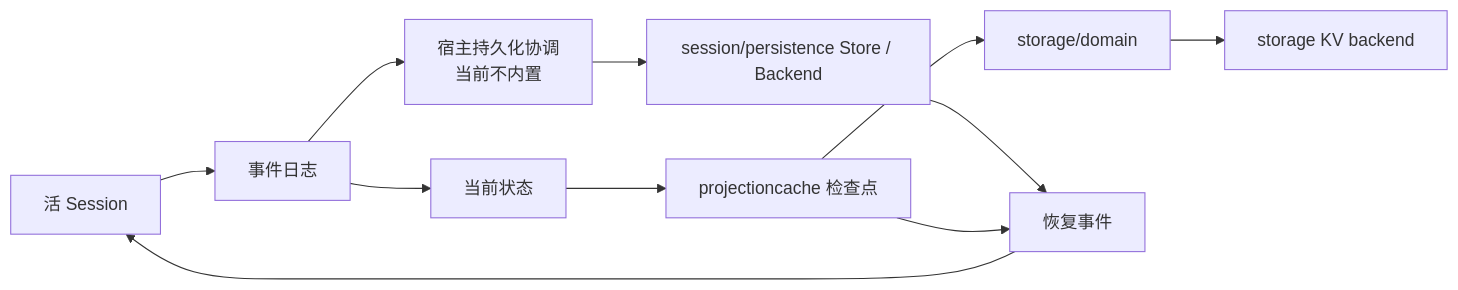
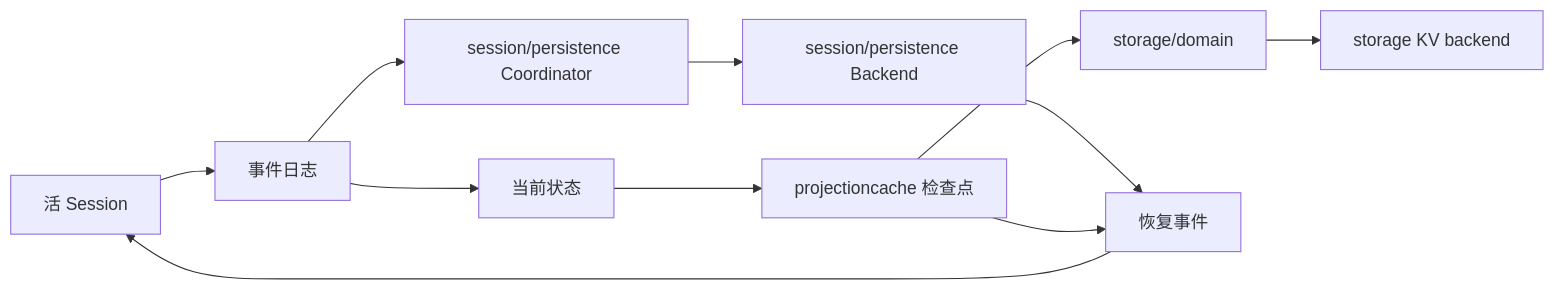
One commit to snight1983/ds-harness-go changed the third of 3 diagrams in docs/architecture.md. Above: the diagram before and after it, drawn with Mermaid. The commit also changed other lines of this file and 42 other files, not shown here.

````diff
--- a/docs/architecture.md
+++ b/docs/architecture.md
@@ -147,15 +147,15 @@
 ```mermaid
 flowchart LR
     Live["活 Session"] --> Events["事件日志"]
-    Events --> Wiring["宿主持久化协调\n当前不内置"]
-    Wiring --> SessionStore["session/persistence Store / Backend"]
+    Events --> Coordinator["session/persistence Coordinator"]
+    Coordinator --> SessionStore["session/persistence Backend"]
 
     Events --> Current["当前状态"]
     Current --> Cache["projectioncache 检查点"]
     Cache --> Domain["storage/domain"]
     Domain --> KVBackend["storage KV backend"]
 
     SessionStore --> Restore["恢复事件"]
     Cache --> Restore
     Restore --> Live
 ```
````
